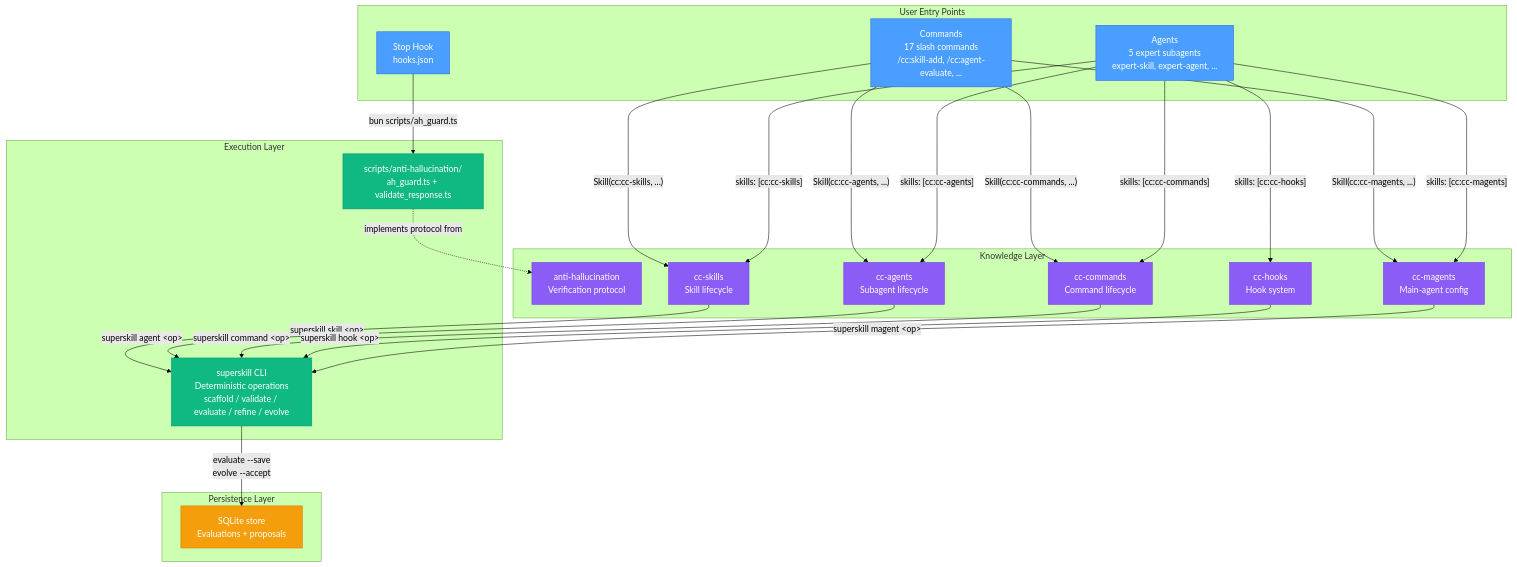
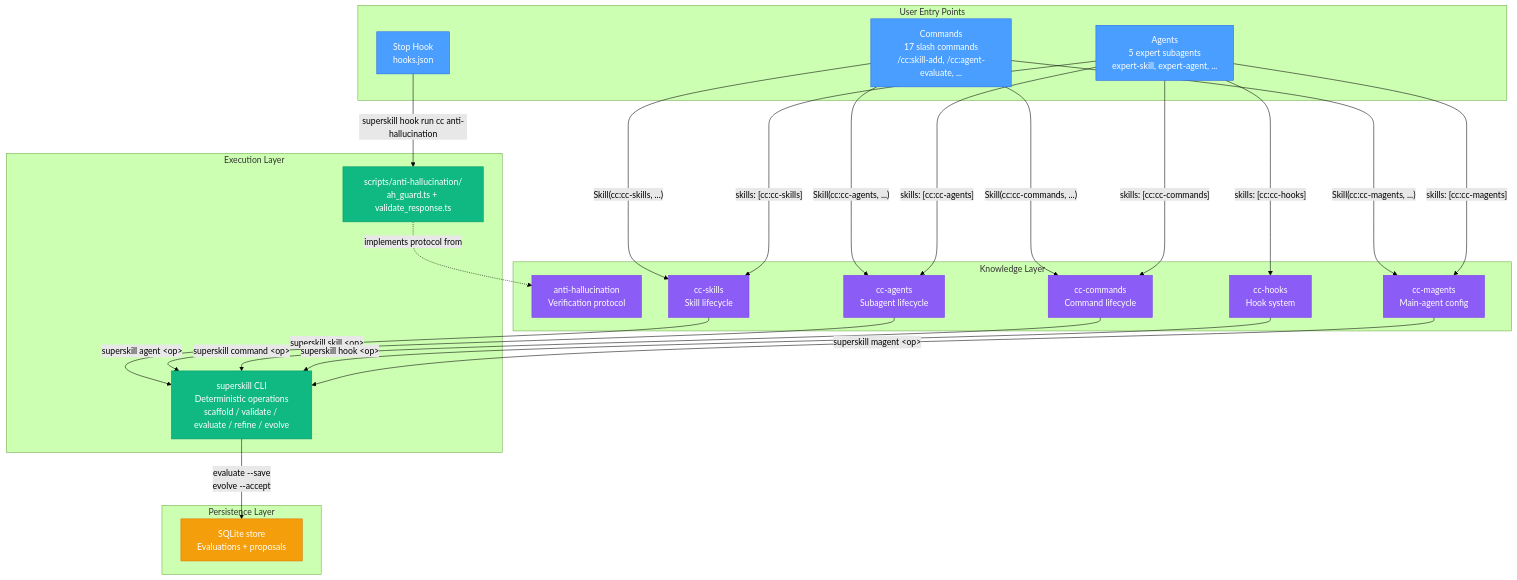
The diagram in plugins/cc/README.md (gobing-ai/superskill), drawn with Mermaid (forest theme) before and after one commit. The commit also changed other lines of this file and 5 other files, not shown here.

First line of the commit message:
docs(help): sync hook-run and two-pass routing docs to match code

````diff
--- a/plugins/cc/README.md
+++ b/plugins/cc/README.md
@@ -150,65 +150,65 @@
 ```mermaid
 graph TB
     subgraph "User Entry Points"
         CMD["Commands<br/>17 slash commands<br/>/cc:skill-add, /cc:agent-evaluate, ..."]
         AGENT["Agents<br/>5 expert subagents<br/>expert-skill, expert-agent, ..."]
         HOOK["Stop Hook<br/>hooks.json"]
     end
     subgraph "Knowledge Layer"
         SKILL_AH["anti-hallucination<br/>Verification protocol"]
         SKILL_AGENTS["cc-agents<br/>Subagent lifecycle"]
         SKILL_COMMANDS["cc-commands<br/>Command lifecycle"]
         SKILL_HOOKS["cc-hooks<br/>Hook system"]
         SKILL_MAGENTS["cc-magents<br/>Main-agent config"]
         SKILL_SKILLS["cc-skills<br/>Skill lifecycle"]
     end
 
     subgraph "Execution Layer"
         CLI["superskill CLI<br/>Deterministic operations<br/>scaffold / validate / evaluate / refine / evolve"]
         SCRIPT["scripts/anti-hallucination/<br/>ah_guard.ts + validate_response.ts"]
     end
 
     subgraph "Persistence Layer"
         DB["SQLite store<br/>Evaluations + proposals"]
     end
 
     %% Command → Skill delegations
     CMD -->|"Skill(cc:cc-skills, ...)"| SKILL_SKILLS
     CMD -->|"Skill(cc:cc-agents, ...)"| SKILL_AGENTS
     CMD -->|"Skill(cc:cc-commands, ...)"| SKILL_COMMANDS
     CMD -->|"Skill(cc:cc-magents, ...)"| SKILL_MAGENTS
 
     %% Agent → Skill bindings
     AGENT -->|"skills: [cc:cc-skills]"| SKILL_SKILLS
     AGENT -->|"skills: [cc:cc-agents]"| SKILL_AGENTS
     AGENT -->|"skills: [cc:cc-commands]"| SKILL_COMMANDS
     AGENT -->|"skills: [cc:cc-hooks]"| SKILL_HOOKS
     AGENT -->|"skills: [cc:cc-magents]"| SKILL_MAGENTS
 
     %% Hook → Script
-    HOOK -->|"bun scripts/ah_guard.ts"| SCRIPT
+    HOOK -->|"superskill hook run cc anti-hallucination"| SCRIPT
 
     %% Script ↔ Skill knowledge
     SCRIPT -.->|"implements protocol from"| SKILL_AH
 
     %% Skill → CLI delegations
     SKILL_SKILLS -->|"superskill skill &lt;op&gt;"| CLI
     SKILL_AGENTS -->|"superskill agent &lt;op&gt;"| CLI
     SKILL_COMMANDS -->|"superskill command &lt;op&gt;"| CLI
     SKILL_HOOKS -->|"superskill hook &lt;op&gt;"| CLI
     SKILL_MAGENTS -->|"superskill magent &lt;op&gt;"| CLI
 
     %% CLI → DB
     CLI -->|"evaluate --save<br/>evolve --accept"| DB
 
     %% Styling
     classDef entry fill:#4a9eff,color:#fff,stroke:#2563eb
     classDef knowledge fill:#8b5cf6,color:#fff,stroke:#7c3aed
     classDef execution fill:#10b981,color:#fff,stroke:#059669
     classDef storage fill:#f59e0b,color:#fff,stroke:#d97706
 
     class CMD,AGENT,HOOK entry
     class SKILL_AH,SKILL_AGENTS,SKILL_COMMANDS,SKILL_HOOKS,SKILL_MAGENTS,SKILL_SKILLS knowledge
     class CLI,SCRIPT execution
     class DB storage
 ```
````
